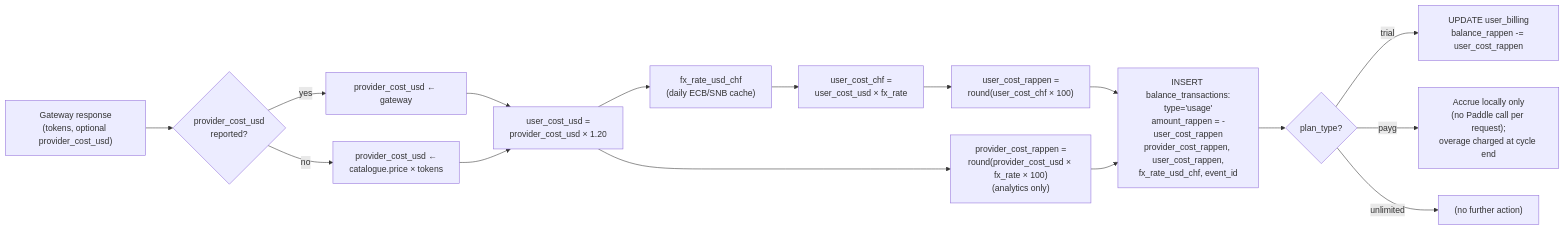
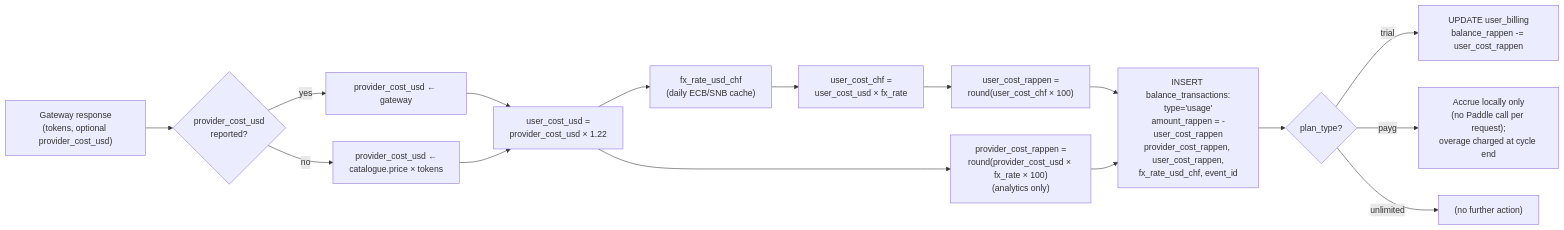
Before and after one commit to cognos-io/chat.cognos.io: the first of 7 diagrams in docs/specs/billing.md, drawn with Mermaid. The commit also changed other lines of this file and 35 other files, not shown here.

````diff
--- a/docs/specs/billing.md
+++ b/docs/specs/billing.md
@@ -201,18 +201,18 @@
 ```mermaid
 flowchart LR
     A["Gateway response<br/>(tokens, optional provider_cost_usd)"] --> B{provider_cost_usd<br/>reported?}
     B -- yes --> C["provider_cost_usd ← gateway"]
     B -- no  --> D["provider_cost_usd ←<br/>catalogue.price × tokens"]
     C --> E
-    D --> E["user_cost_usd =<br/>provider_cost_usd × 1.20"]
+    D --> E["user_cost_usd =<br/>provider_cost_usd × 1.22"]
     E --> F["fx_rate_usd_chf<br/>(daily ECB/SNB cache)"]
     F --> G["user_cost_chf =<br/>user_cost_usd × fx_rate"]
     G --> H["user_cost_rappen =<br/>round(user_cost_chf × 100)"]
     E --> I["provider_cost_rappen =<br/>round(provider_cost_usd × fx_rate × 100)<br/>(analytics only)"]
     H --> J["INSERT balance_transactions:<br/>type='usage'<br/>amount_rappen = -user_cost_rappen<br/>provider_cost_rappen, user_cost_rappen,<br/>fx_rate_usd_chf, event_id"]
     I --> J
     J --> K{plan_type?}
     K -- trial --> L["UPDATE user_billing<br/>balance_rappen -= user_cost_rappen"]
     K -- payg --> M["Accrue locally only<br/>(no Paddle call per request);<br/>overage charged at cycle end"]
     K -- unlimited --> N["(no further action)"]
 ```
````
